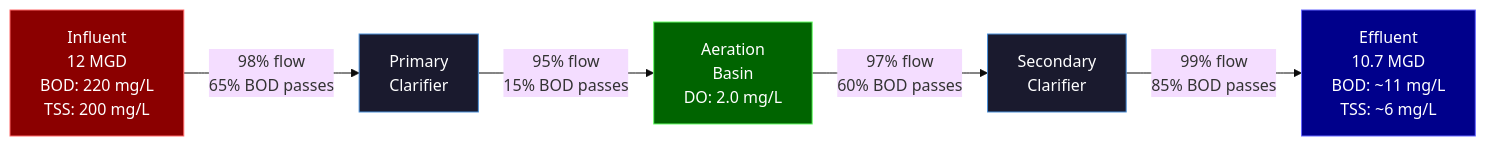
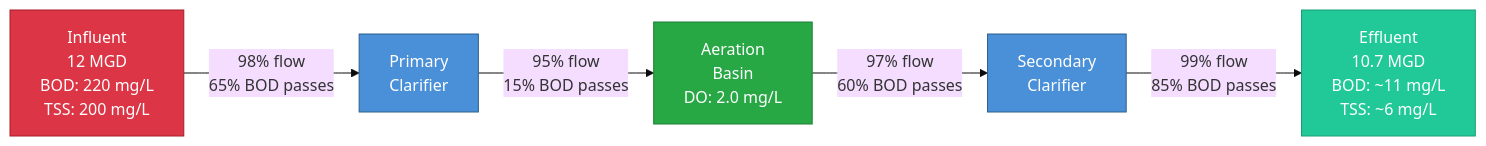
Before and after one commit to henryodibi11/Odibi: the first of 7 diagrams in docs/simulation/patterns/process_engineering.md, drawn with Mermaid (base theme). The commit also changed other lines of this file and 7 other files, not shown here.

First line of the commit message:
Fix mermaid diagram colors for readability across all 26 diagrams

````diff
--- a/docs/simulation/patterns/process_engineering.md
+++ b/docs/simulation/patterns/process_engineering.md
@@ -32,13 +32,13 @@
 ```mermaid
 flowchart LR
     A["Influent\n12 MGD\nBOD: 220 mg/L\nTSS: 200 mg/L"] -->|"98% flow\n65% BOD passes"| B["Primary\nClarifier"]
     B -->|"95% flow\n15% BOD passes"| C["Aeration\nBasin\nDO: 2.0 mg/L"]
     C -->|"97% flow\n60% BOD passes"| D["Secondary\nClarifier"]
     D -->|"99% flow\n85% BOD passes"| E["Effluent\n10.7 MGD\nBOD: ~11 mg/L\nTSS: ~6 mg/L"]
 
-    style A fill:#8B0000,stroke:#ff6666,color:#ffffff
-    style B fill:#1a1a2e,stroke:#4a90d9,color:#ffffff
-    style C fill:#006400,stroke:#66ff66,color:#ffffff
-    style D fill:#1a1a2e,stroke:#4a90d9,color:#ffffff
-    style E fill:#00008B,stroke:#6666ff,color:#ffffff
+    style A fill:#dc3545,stroke:#a71d2a,color:#ffffff
+    style B fill:#4a90d9,stroke:#2c5f8a,color:#ffffff
+    style C fill:#28a745,stroke:#1e7e34,color:#ffffff
+    style D fill:#4a90d9,stroke:#2c5f8a,color:#ffffff
+    style E fill:#20c997,stroke:#199d76,color:#ffffff
 ```
````
